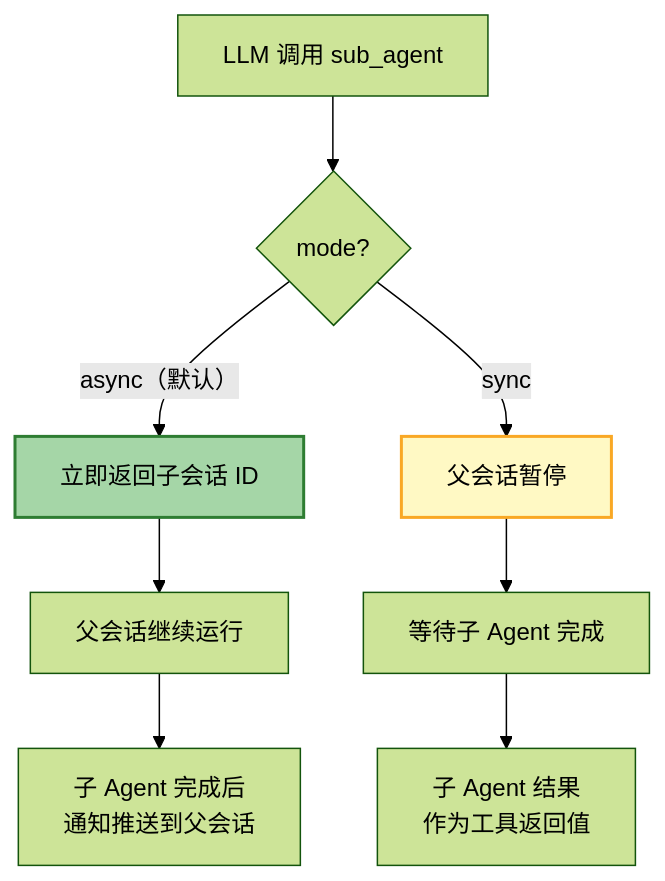
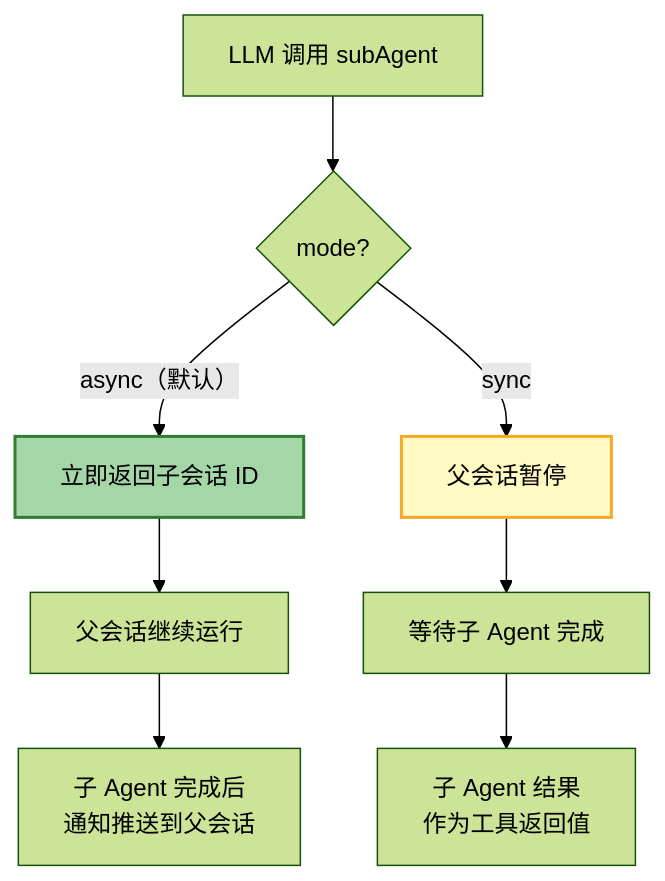
Before and after one commit to rtc-agent/docs: the second of 6 diagrams in src/content/docs/features/llm-tools.md, drawn with Mermaid (forest theme). The commit also changed other lines of this file and 13 other files, not shown here.

````diff
--- a/src/content/docs/features/llm-tools.md
+++ b/src/content/docs/features/llm-tools.md
@@ -74,14 +74,14 @@
 ```mermaid
 flowchart TD
-    A["LLM 调用 sub_agent"] --> B{"mode?"}
+    A["LLM 调用 subAgent"] --> B{"mode?"}
     B -->|"async（默认）"| C["立即返回子会话 ID"]
     C --> D["父会话继续运行"]
     D --> E["子 Agent 完成后<br/>通知推送到父会话"]
 
     B -->|"sync"| F["父会话暂停"]
     F --> G["等待子 Agent 完成"]
     G --> H["子 Agent 结果<br/>作为工具返回值"]
 
     style C fill:#a5d6a7,stroke:#2e7d32,stroke-width:2px
     style F fill:#fff9c4,stroke:#f9a825,stroke-width:2px
 ```
````
